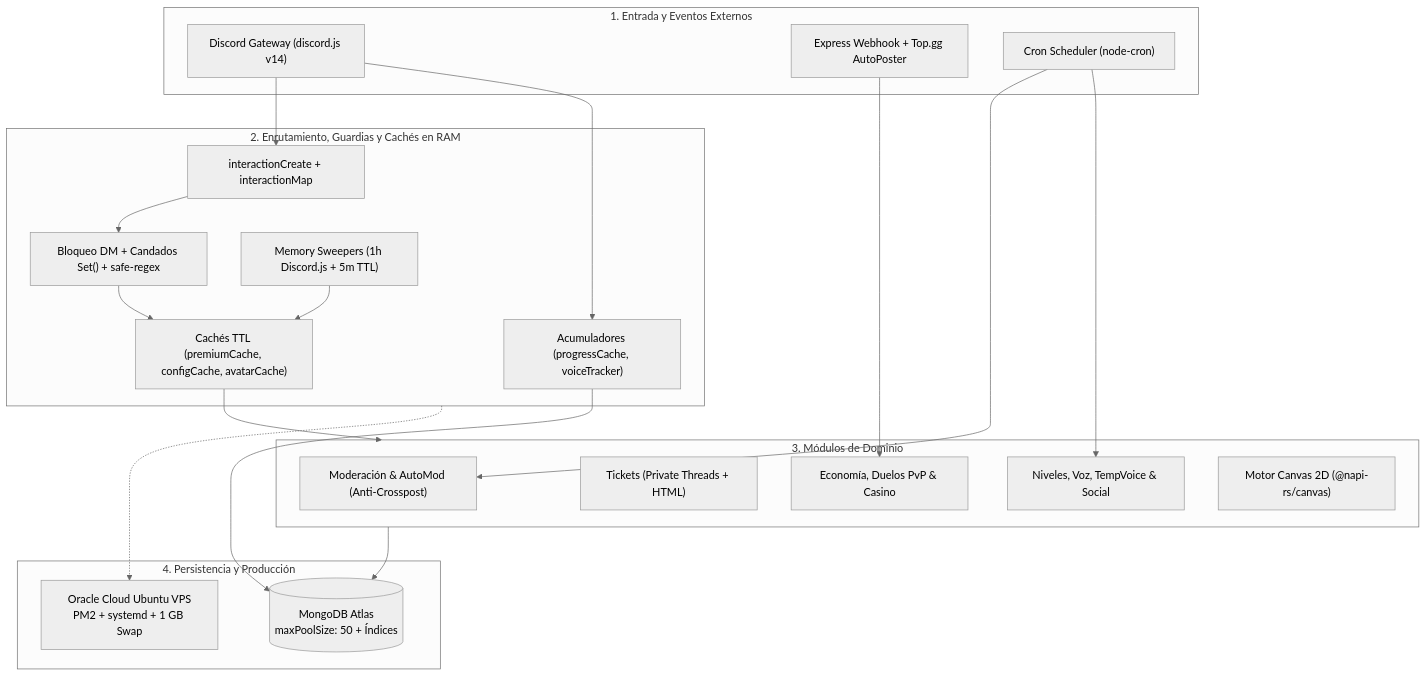
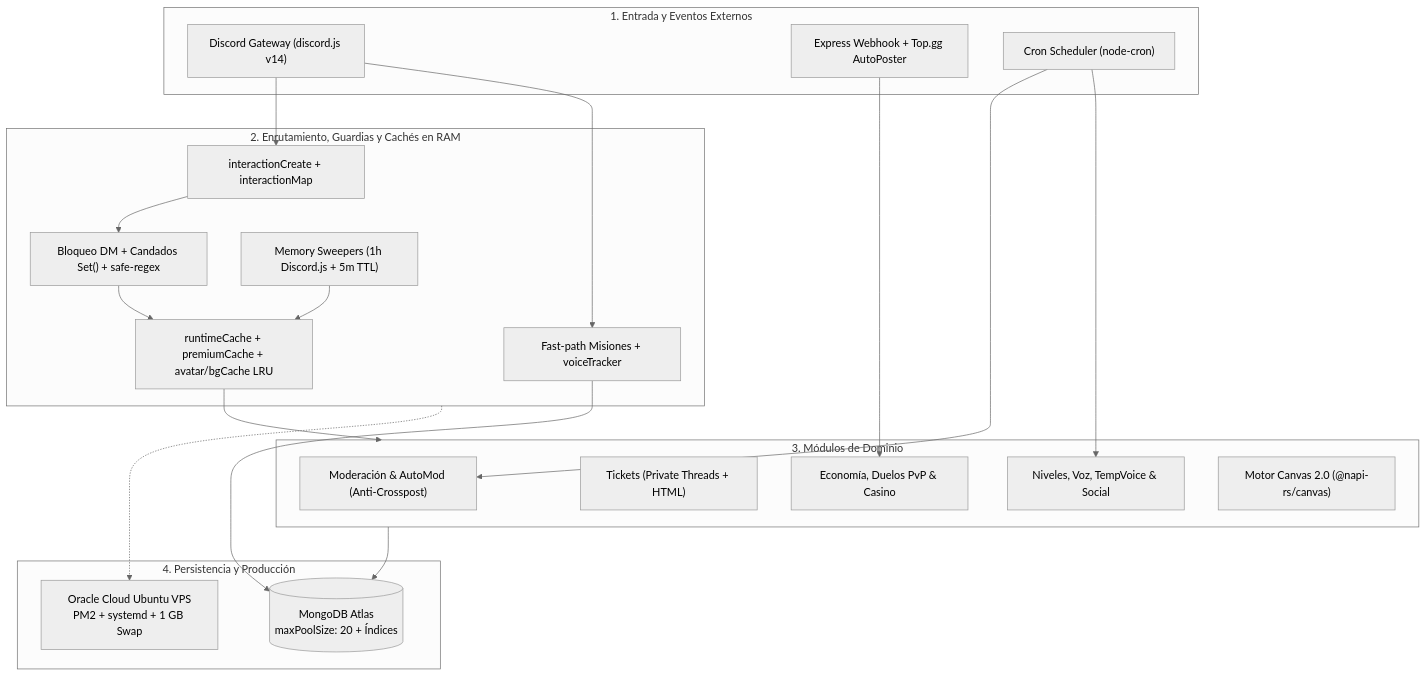
Before and after one commit to TioCriZpy/crizpy-bot-showcase: the first of 2 diagrams in README.md, drawn with Mermaid (neutral theme). The commit also changed other lines of this file and 4 other files, not shown here.

Commit message:
docs: update architecture metrics, runtimeCache details and Canvas 2.0 previews

````diff
--- a/README.md
+++ b/README.md
@@ -65,38 +65,38 @@
 ```mermaid
 flowchart TB
     subgraph EXT["1. Entrada y Eventos Externos"]
         GW["Discord Gateway (discord.js v14)"]
         EXP["Express Webhook + Top.gg AutoPoster"]
         CRON["Cron Scheduler (node-cron)"]
     end
 
     subgraph CORE["2. Enrutamiento, Guardias y Cachés en RAM"]
         RTR["interactionCreate + interactionMap"]
         GUARD["Bloqueo DM + Candados Set() + safe-regex"]
-        CACHE["Cachés TTL (premiumCache, configCache, avatarCache)"]
-        BATCH["Acumuladores (progressCache, voiceTracker)"]
+        CACHE["runtimeCache + premiumCache + avatar/bgCache LRU"]
+        BATCH["Fast-path Misiones + voiceTracker"]
         SWEEP["Memory Sweepers (1h Discord.js + 5m TTL)"]
     end
 
     subgraph DOM["3. Módulos de Dominio"]
         MOD["Moderación & AutoMod (Anti-Crosspost)"]
         TKT["Tickets (Private Threads + HTML)"]
         ECO["Economía, Duelos PvP & Casino"]
         LVL["Niveles, Voz, TempVoice & Social"]
-        CNV["Motor Canvas 2D (@napi-rs/canvas)"]
+        CNV["Motor Canvas 2.0 (@napi-rs/canvas)"]
     end
 
     subgraph INFRA["4. Persistencia y Producción"]
-        MDB[("MongoDB Atlas\nmaxPoolSize: 50 + Índices")]
+        MDB[("MongoDB Atlas\nmaxPoolSize: 20 + Índices")]
         VPS["Oracle Cloud Ubuntu VPS\nPM2 + systemd + 1 GB Swap"]
     end
 
     GW --> RTR --> GUARD
     EXP --> ECO
     CRON --> MOD & LVL
     GUARD --> CACHE --> DOM
     GW --> BATCH --> MDB
     SWEEP --> CACHE
     DOM --> MDB
     CORE -.-> VPS
 ```
````
